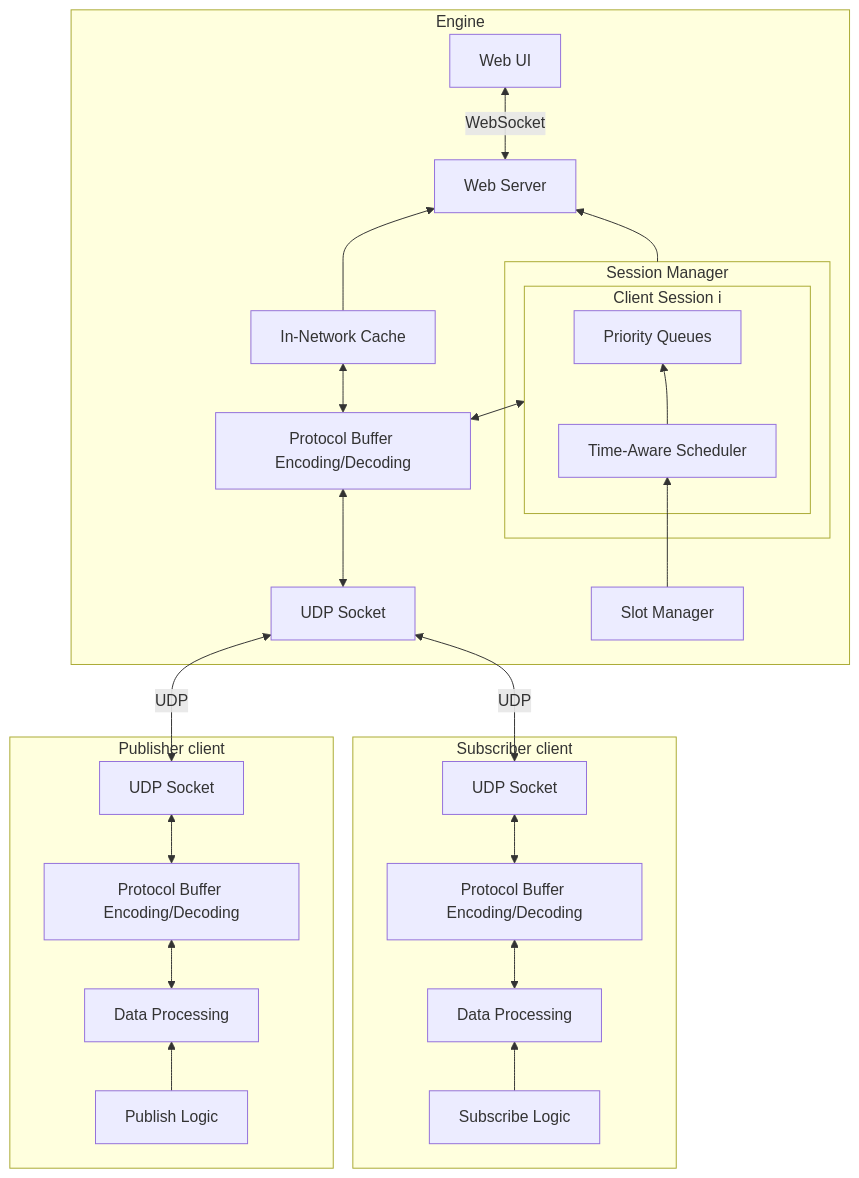
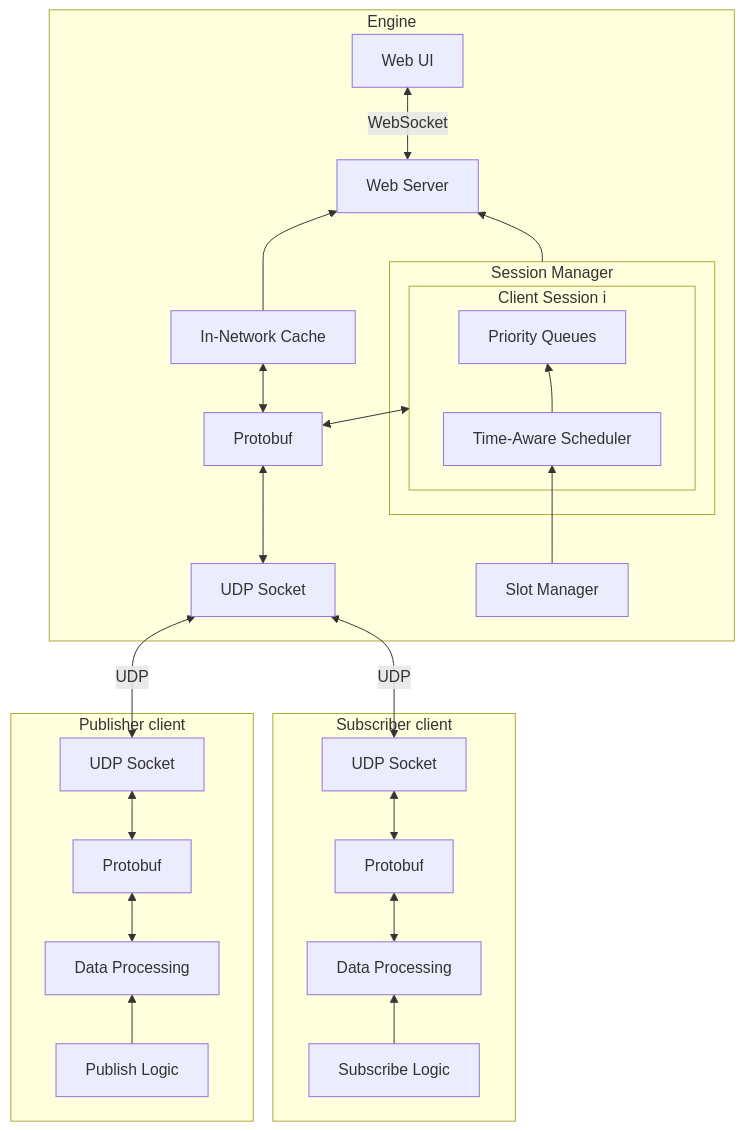
The diagram in README.md (AmyangXYZ/RTDEX), drawn with Mermaid before and after one commit. The commit also changed other lines of this file and 2 other files, not shown here.

````diff
--- a/README.md
+++ b/README.md
@@ -16,56 +16,56 @@
 ```mermaid
 graph BT
     subgraph Server[Engine]
         S_UDPSocket[UDP Socket]
-        S_ProtoBuf[Protocol Buffer Encoding/Decoding]
+        S_ProtoBuf[Protobuf]
         S_Cache[In-Network Cache]
 
         subgraph S_SessionMgr[Session Manager]
             subgraph S_Session[Client Session i]
                 S_PriorityQueues[Priority Queues]
                 S_TimeAwareScheduler[Time-Aware Scheduler]
             end
         end
 
         S_SlotMgr[Slot Manager]
         S_WebServer[Web Server]
         S_WebUI[Web UI]
     end
 
     subgraph Publisher[Publisher client]
         P_UDPSocket[UDP Socket]
-        P_ProtoBuf[Protocol Buffer Encoding/Decoding]
+        P_ProtoBuf[Protobuf]
         P_DataProcessing[Data Processing]
         P_PublishLogic[Publish Logic]
     end
 
     subgraph Subscriber[Subscriber client]
         Sub_UDPSocket[UDP Socket]
-        Sub_ProtoBuf[Protocol Buffer Encoding/Decoding]
+        Sub_ProtoBuf[Protobuf]
         Sub_DataProcessing[Data Processing]
         Sub_SubscribeLogic[Subscribe Logic]
     end
 
     %% Connections
     P_PublishLogic --> P_DataProcessing
     P_DataProcessing <--> P_ProtoBuf
     P_ProtoBuf <--> P_UDPSocket
     P_UDPSocket <-->|UDP| S_UDPSocket
 
     Sub_SubscribeLogic --> Sub_DataProcessing
     Sub_DataProcessing <--> Sub_ProtoBuf
     Sub_ProtoBuf <--> Sub_UDPSocket
     Sub_UDPSocket <-->|UDP| S_UDPSocket
 
     S_UDPSocket <--> S_ProtoBuf
     S_ProtoBuf <--> S_Session
     S_TimeAwareScheduler --> S_PriorityQueues
     S_SlotMgr --> S_TimeAwareScheduler
 
     S_ProtoBuf <--> S_Cache
 
     S_Cache --> S_WebServer
     S_SessionMgr --> S_WebServer
 
     S_WebServer <-- WebSocket --> S_WebUI
 ```
````
